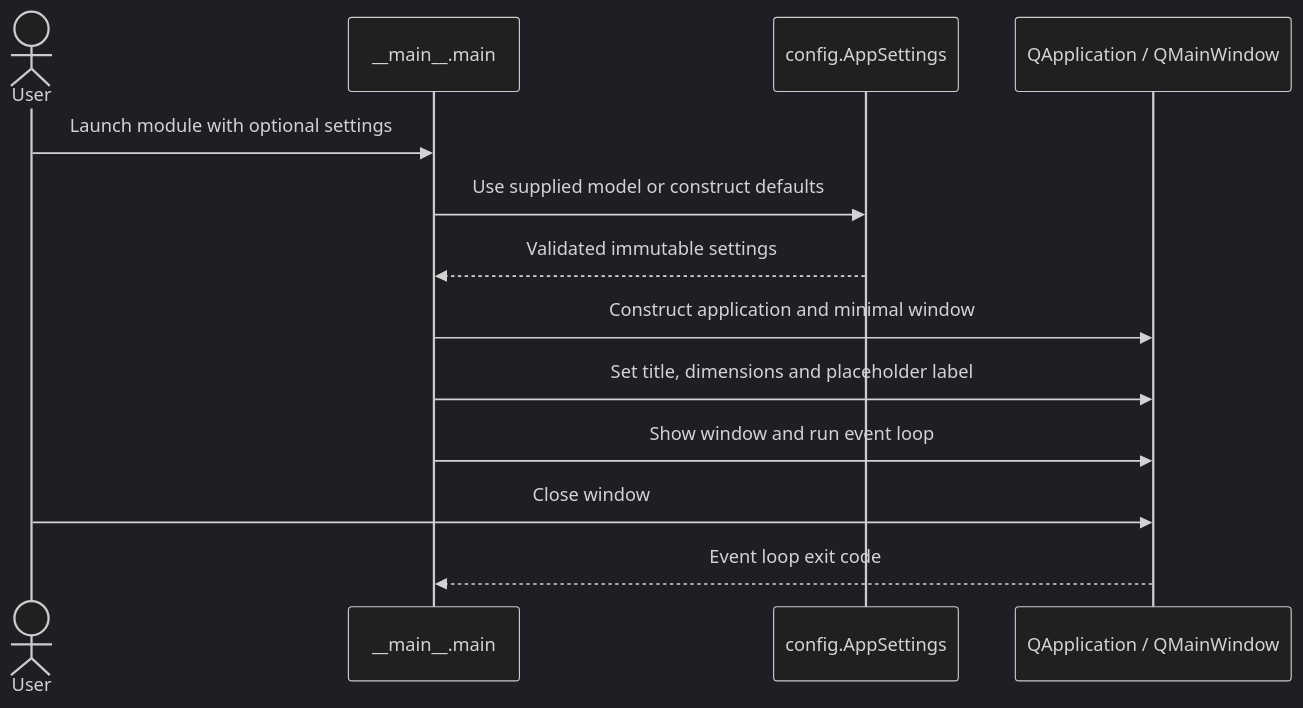
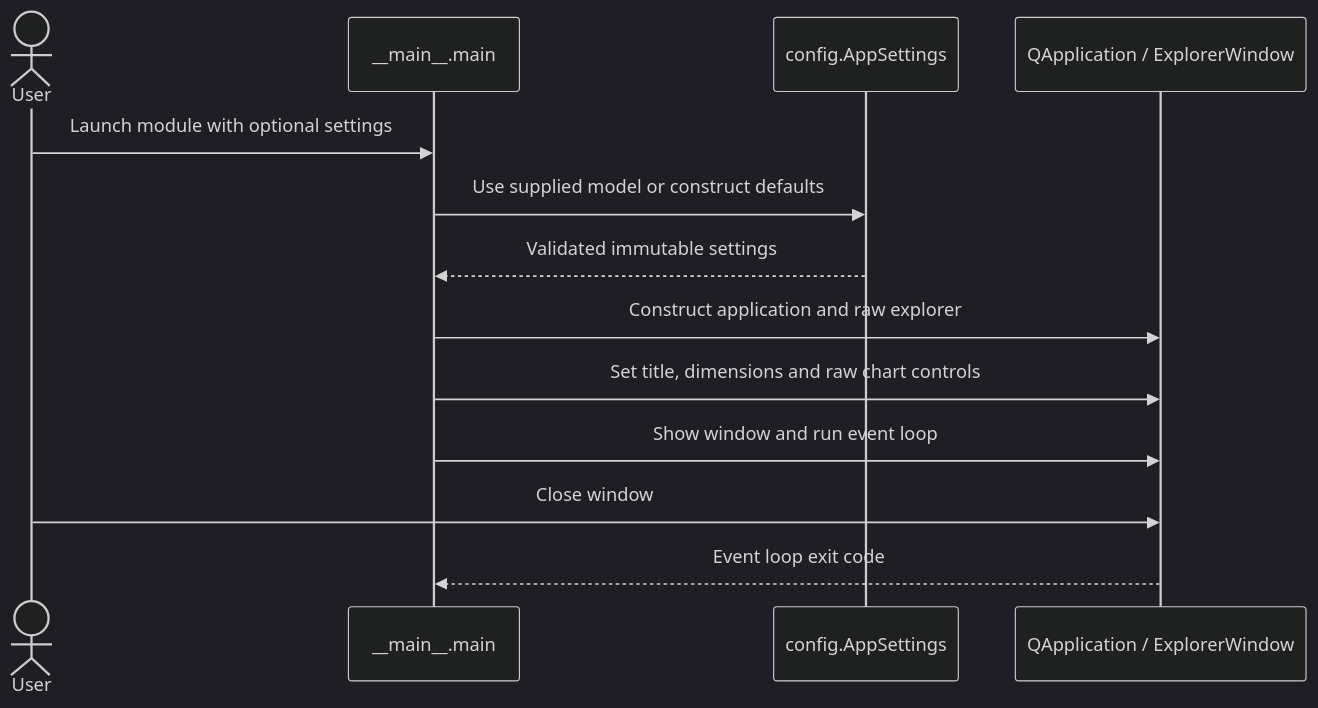
The first of 4 diagrams in docs/architecture/06_runtime_view.md (rudnerbjoern/ride-forces-analyzer), drawn with Mermaid (dark theme) before and after one commit. The commit also changed other lines of this file and 52 other files, not shown here.

````diff
--- a/docs/architecture/06_runtime_view.md
+++ b/docs/architecture/06_runtime_view.md
@@ -7,15 +7,15 @@
 ```mermaid
 sequenceDiagram
     actor User
     participant Entry as __main__.main
     participant Settings as config.AppSettings
-    participant Qt as QApplication / QMainWindow
+    participant Qt as QApplication / ExplorerWindow
     User->>Entry: Launch module with optional settings
     Entry->>Settings: Use supplied model or construct defaults
     Settings-->>Entry: Validated immutable settings
-    Entry->>Qt: Construct application and minimal window
-    Entry->>Qt: Set title, dimensions and placeholder label
+    Entry->>Qt: Construct application and raw explorer
+    Entry->>Qt: Set title, dimensions and raw chart controls
     Entry->>Qt: Show window and run event loop
     User->>Qt: Close window
     Qt-->>Entry: Event loop exit code
 ```
````
